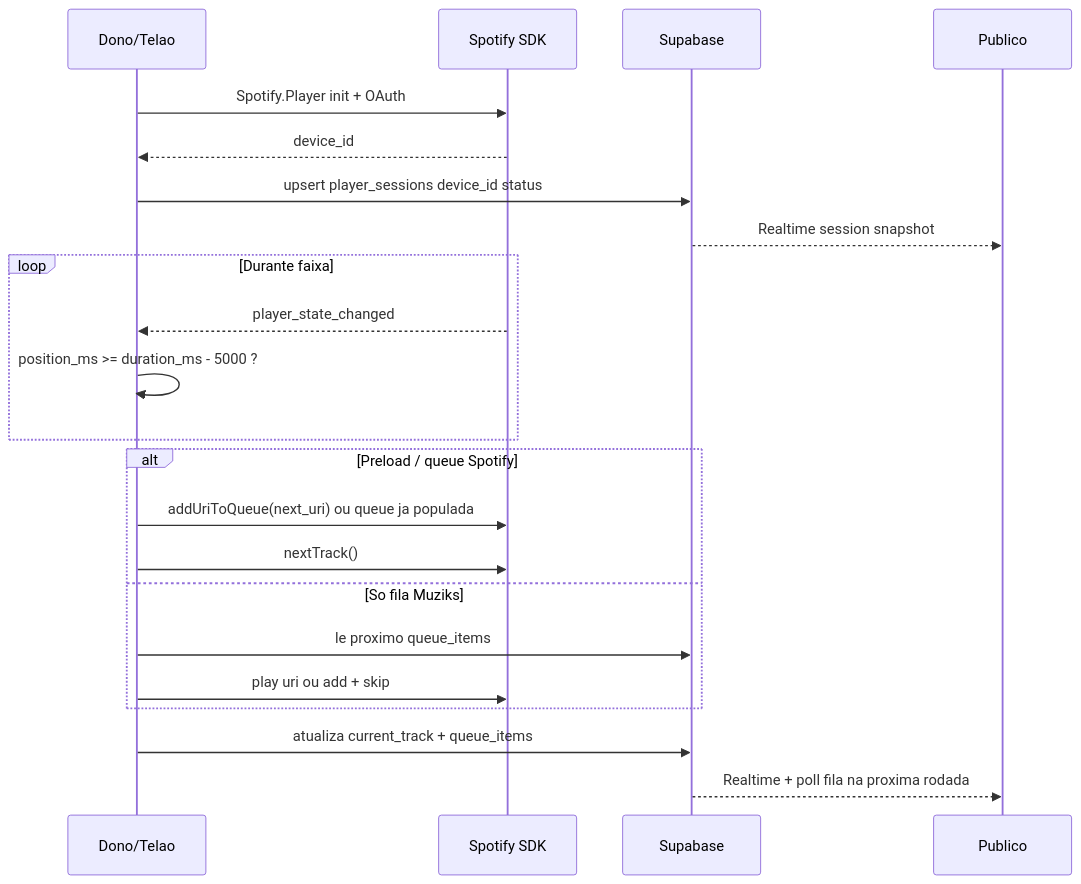
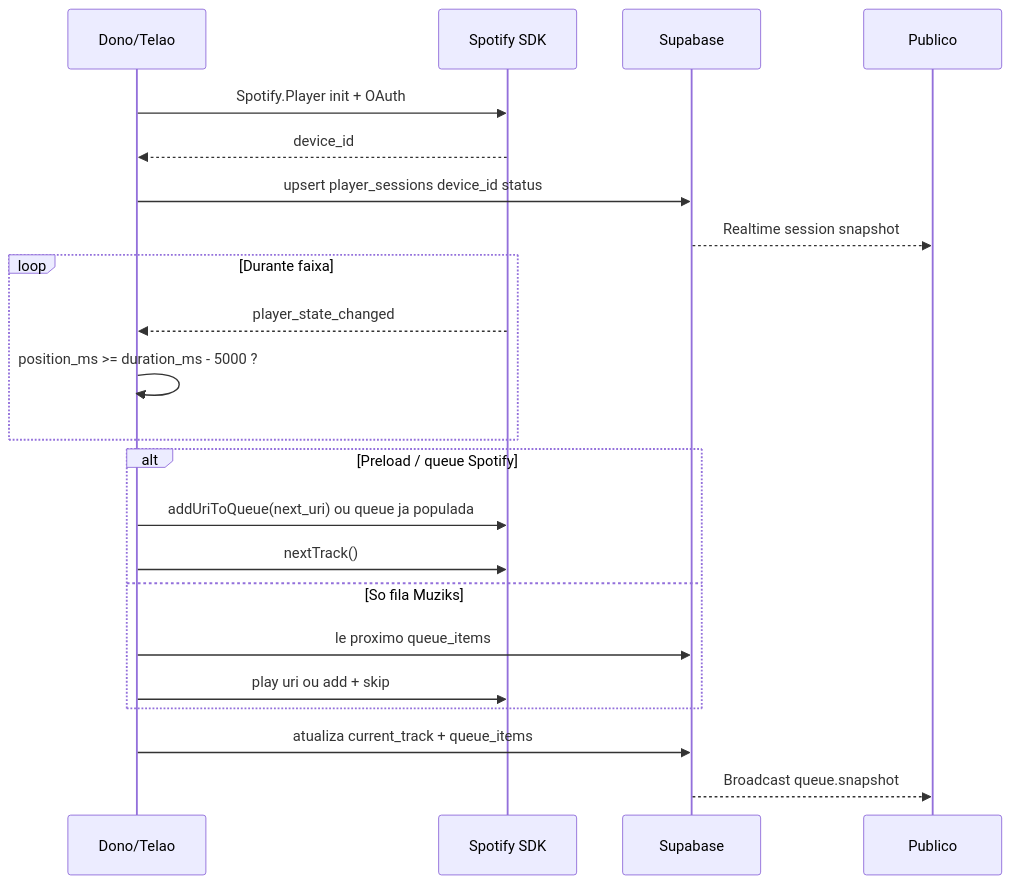
Before and after one commit to LucasArgate/muziks: the third of 3 diagrams in docs/mvp/06-arquitetura-playback-spotify.md, drawn with Mermaid. The commit also changed other lines of this file and 27 other files, not shown here.

````diff
--- a/docs/mvp/06-arquitetura-playback-spotify.md
+++ b/docs/mvp/06-arquitetura-playback-spotify.md
@@ -195,28 +196,28 @@
 ```mermaid
 sequenceDiagram
   participant Master as Dono/Telao
   participant SDK as Spotify SDK
   participant SB as Supabase
   participant Pub as Publico
 
   Master->>SDK: Spotify.Player init + OAuth
   SDK-->>Master: device_id
   Master->>SB: upsert player_sessions device_id status
   SB-->>Pub: Realtime session snapshot
 
   loop Durante faixa
     SDK-->>Master: player_state_changed
     Master->>Master: position_ms >= duration_ms - 5000 ?
   end
 
   alt Preload / queue Spotify
     Master->>SDK: addUriToQueue(next_uri) ou queue ja populada
     Master->>SDK: nextTrack()
   else So fila Muziks
     Master->>SB: le proximo queue_items
     Master->>SDK: play uri ou add + skip
   end
 
   Master->>SB: atualiza current_track + queue_items
-  SB-->>Pub: Realtime + poll fila na proxima rodada
+  SB-->>Pub: Broadcast queue.snapshot
 ```
````
